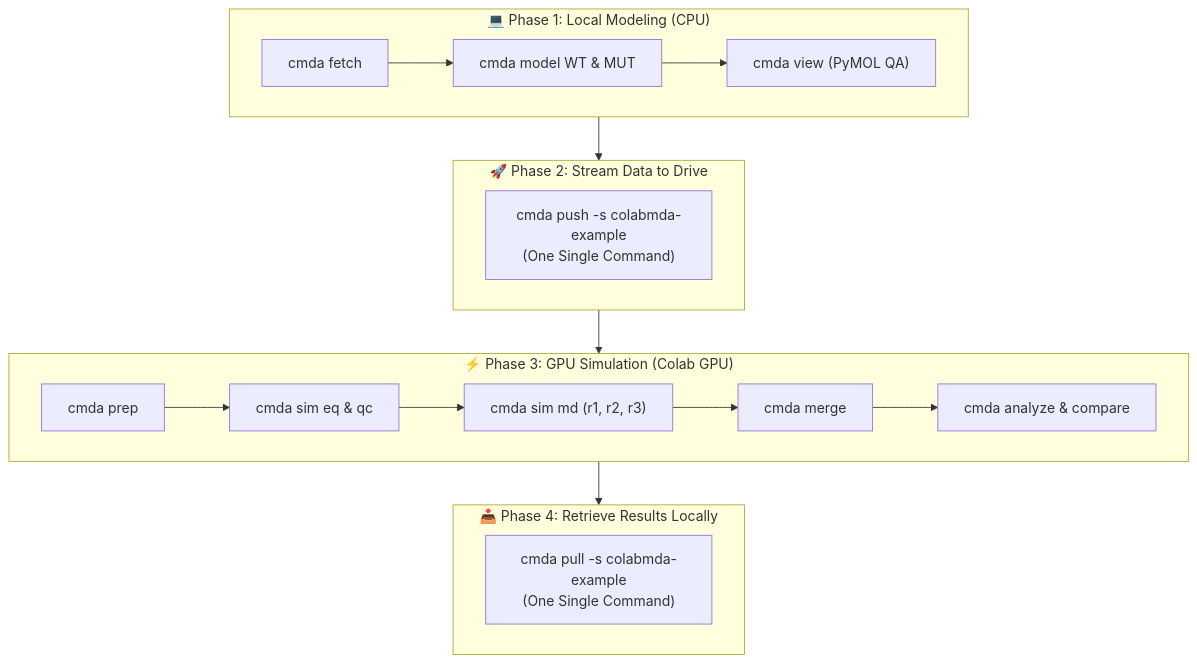
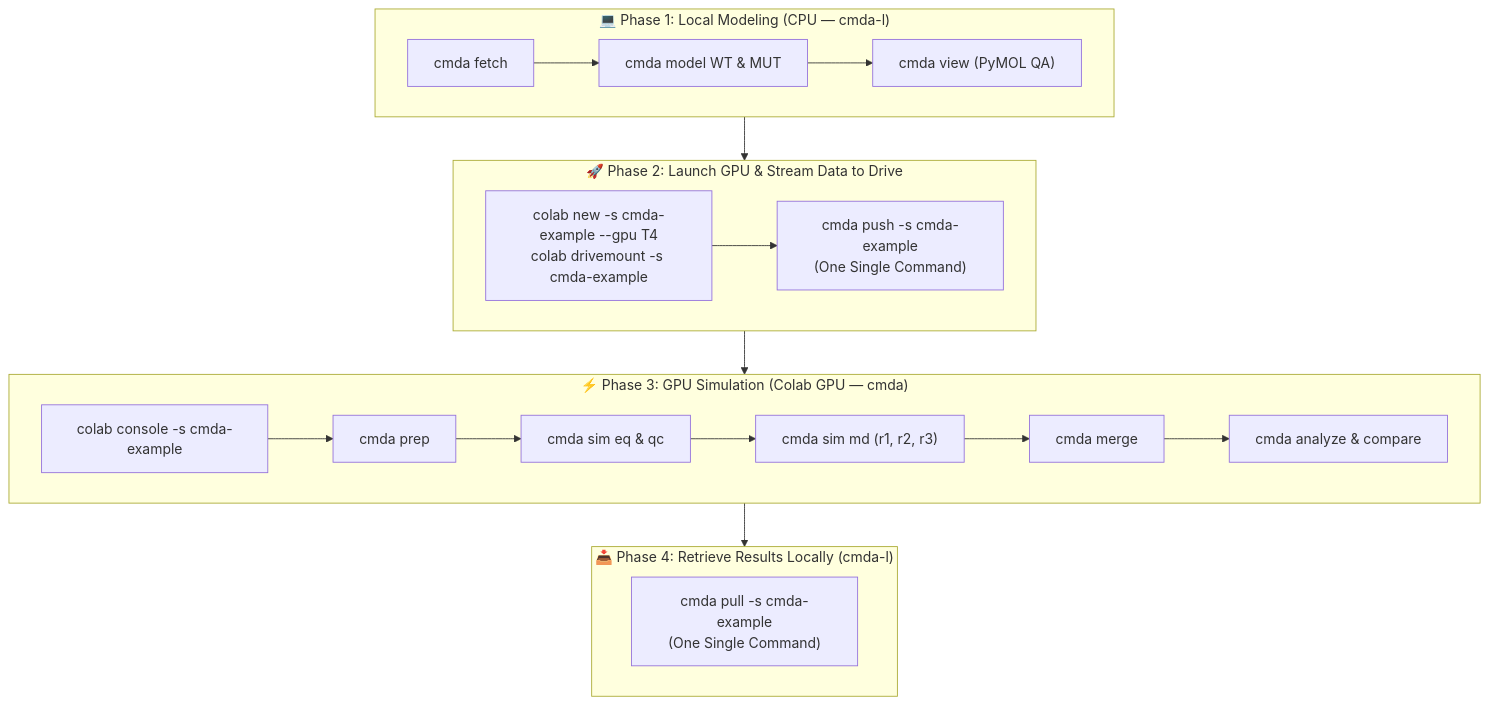
Before and after one commit to paulshamrat/ColabMDA: the second of 2 diagrams in README.md, drawn with Mermaid. The commit also changed other lines of this file and 3 other files, not shown here.

Commit message:
docs,refactor: clarify local setup timing, adopt cmda-l and cmda env names, and set cmda-example project name

````diff
--- a/README.md
+++ b/README.md
@@ -184,23 +132,24 @@
 ```mermaid
 flowchart TD
-    subgraph P1 ["💻 Phase 1: Local Modeling (CPU)"]
+    subgraph P1 ["💻 Phase 1: Local Modeling (CPU — cmda-l)"]
         F["cmda fetch"] --> M["cmda model WT & MUT"]
         M --> V["cmda view (PyMOL QA)"]
     end
-    subgraph P2 ["🚀 Phase 2: Stream Data to Drive"]
-        P["cmda push -s colabmda-example<br/>(One Single Command)"]
+    subgraph P2 ["🚀 Phase 2: Launch GPU & Stream Data to Drive"]
+        L["colab new -s cmda-example --gpu T4<br/>colab drivemount -s cmda-example"] --> P["cmda push -s cmda-example<br/>(One Single Command)"]
     end
-    subgraph P3 ["⚡ Phase 3: GPU Simulation (Colab GPU)"]
-        PR["cmda prep"] --> EQ["cmda sim eq & qc"]
+    subgraph P3 ["⚡ Phase 3: GPU Simulation (Colab GPU — cmda)"]
+        C["colab console -s cmda-example"] --> PR["cmda prep"]
+        PR --> EQ["cmda sim eq & qc"]
         EQ --> MD["cmda sim md (r1, r2, r3)"]
         MD --> MR["cmda merge"]
         MR --> AN["cmda analyze & compare"]
     end
-    subgraph P4 ["📥 Phase 4: Retrieve Results Locally"]
-        DL["cmda pull -s colabmda-example<br/>(One Single Command)"]
+    subgraph P4 ["📥 Phase 4: Retrieve Results Locally (cmda-l)"]
+        DL["cmda pull -s cmda-example<br/>(One Single Command)"]
     end
 
     P1 --> P2
     P2 --> P3
     P3 --> P4
 ```
````
